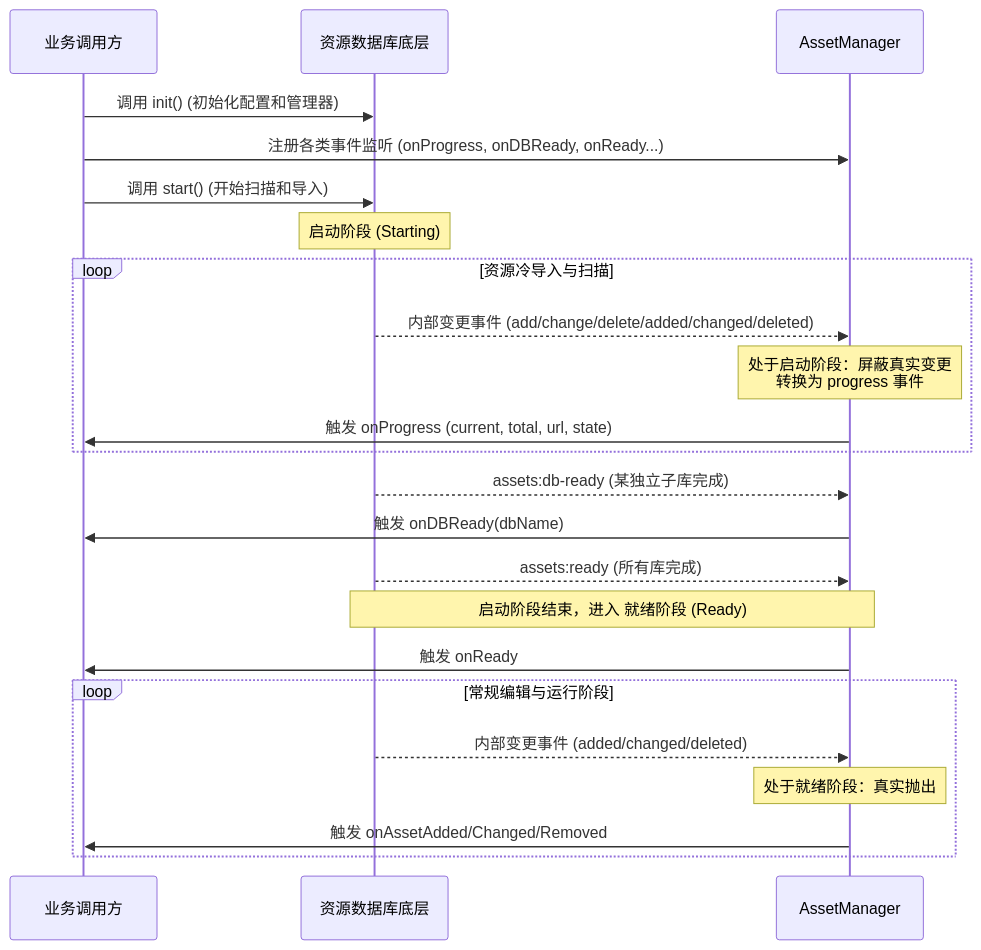
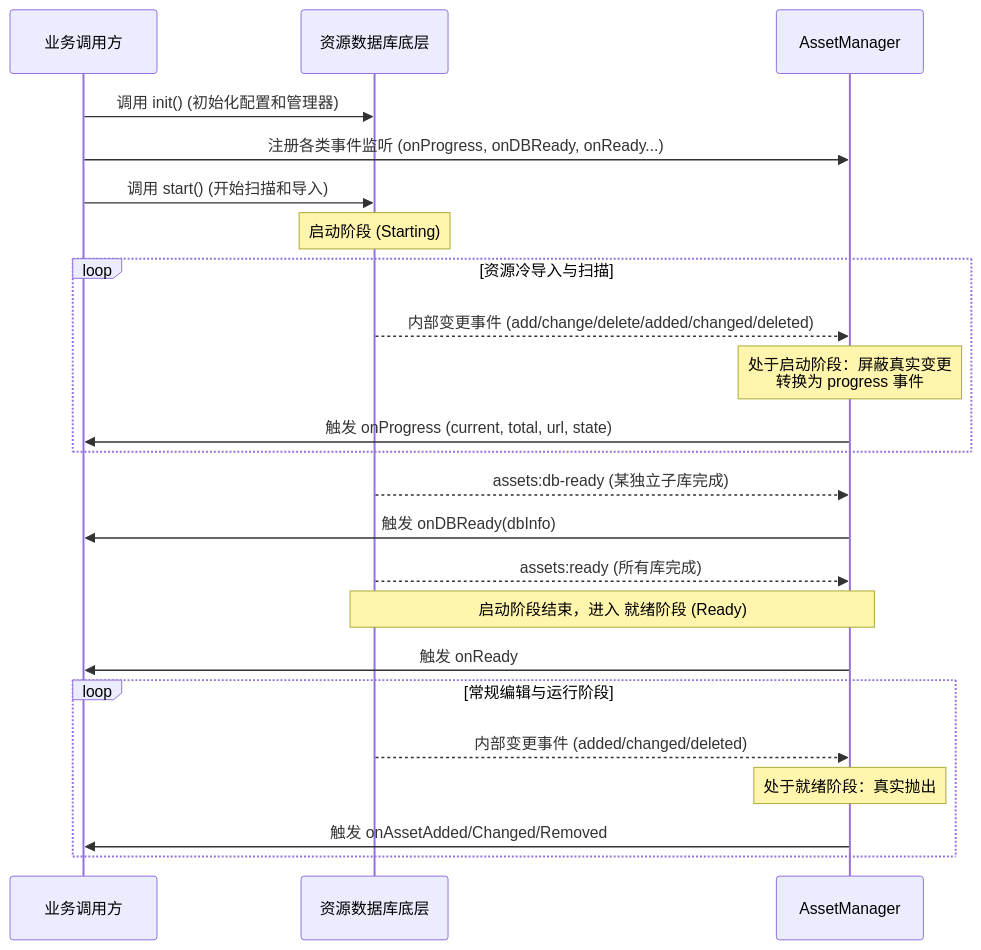
One commit to Changdw/cocos-cli changed the diagram in docs/dev/core/assets/events-timing.md. Above: the diagram before and after it, drawn with Mermaid. The commit also changed other lines of this file and 4 other files, not shown here.

First line of the commit message:
fix: memory leak in asset manager and refine onDBReady callback

````diff
--- a/docs/dev/core/assets/events-timing.md
+++ b/docs/dev/core/assets/events-timing.md
@@ -13,30 +13,30 @@
 ```mermaid
 sequenceDiagram
     participant User as 业务调用方
     participant AssetDB as 资源数据库底层
     participant Manager as AssetManager
 
     User->>AssetDB: 调用 init() (初始化配置和管理器)
     User->>Manager: 注册各类事件监听 (onProgress, onDBReady, onReady...)
     User->>AssetDB: 调用 start() (开始扫描和导入)
     Note over AssetDB: 启动阶段 (Starting)
 
     loop 资源冷导入与扫描
         AssetDB-->>Manager: 内部变更事件 (add/change/delete/added/changed/deleted)
         Note over Manager: 处于启动阶段：屏蔽真实变更<br/>转换为 progress 事件
         Manager->>User: 触发 onProgress (current, total, url, state)
     end
 
     AssetDB-->>Manager: assets:db-ready (某独立子库完成)
-    Manager->>User: 触发 onDBReady(dbName)
+    Manager->>User: 触发 onDBReady(dbInfo)
 
     AssetDB-->>Manager: assets:ready (所有库完成)
     Note over AssetDB,Manager: 启动阶段结束，进入 就绪阶段 (Ready)
     Manager->>User: 触发 onReady
 
     loop 常规编辑与运行阶段
         AssetDB-->>Manager: 内部变更事件 (added/changed/deleted)
         Note over Manager: 处于就绪阶段：真实抛出
         Manager->>User: 触发 onAssetAdded/Changed/Removed
     end
 ```
````
